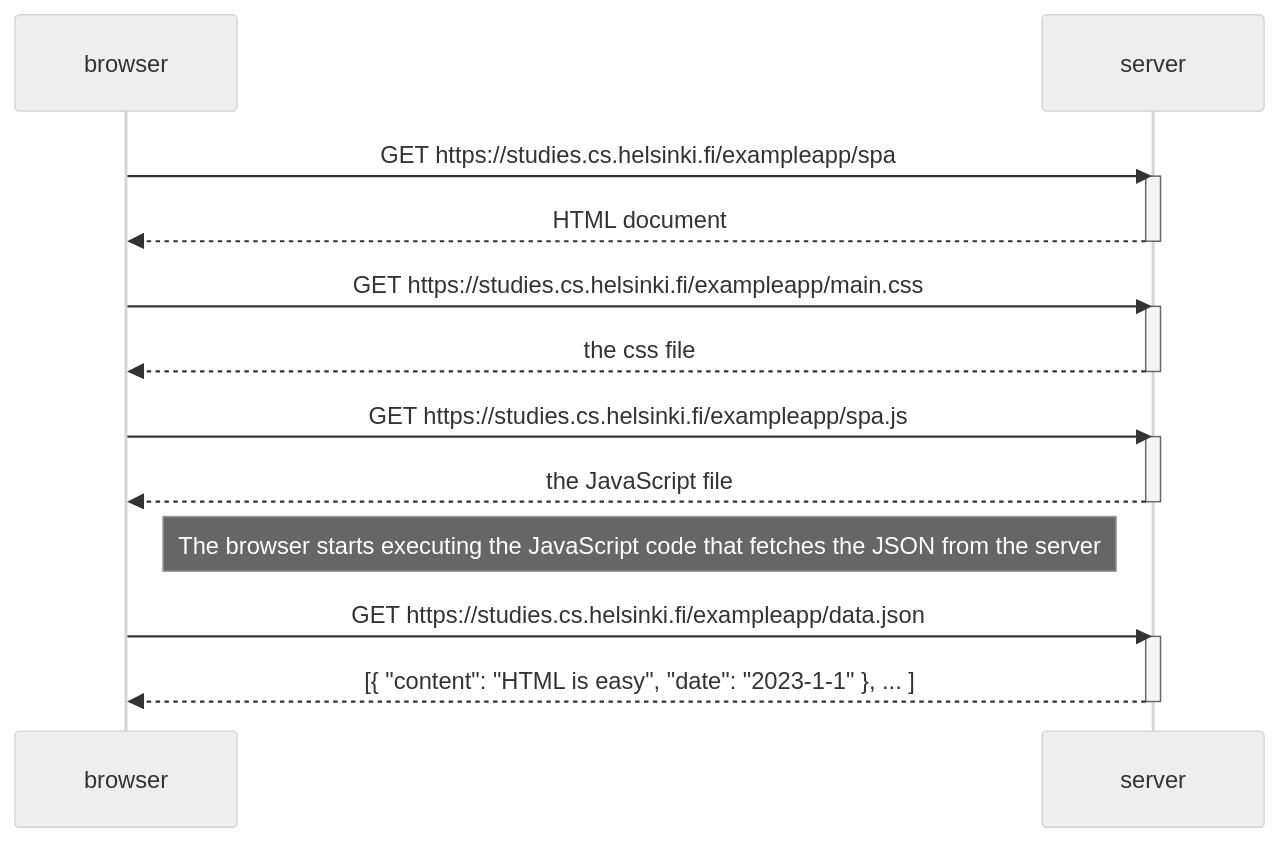
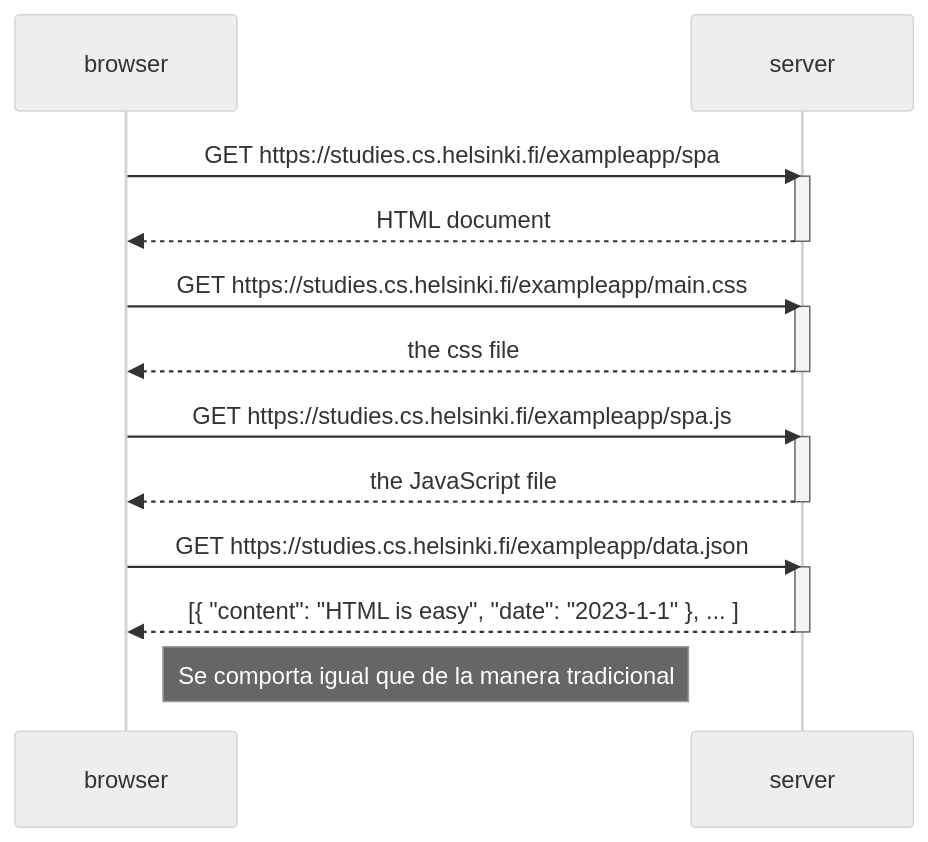
One commit to pedro14soria/fullstackopen changed the diagram in part0/Ej0_5.md. Above: the diagram before and after it, drawn with Mermaid (neutral theme).

````diff
--- a/part0/Ej0_5.md
+++ b/part0/Ej0_5.md
@@ -2,27 +2,27 @@
 ```mermaid
 sequenceDiagram
     participant browser
     participant server
 
     browser->>server: GET https://studies.cs.helsinki.fi/exampleapp/spa
     activate server
     server-->>browser: HTML document
     deactivate server
 
     browser->>server: GET https://studies.cs.helsinki.fi/exampleapp/main.css
     activate server
     server-->>browser: the css file
     deactivate server
 
     browser->>server: GET https://studies.cs.helsinki.fi/exampleapp/spa.js
     activate server
     server-->>browser: the JavaScript file
     deactivate server
 
-    Note right of browser: The browser starts executing the JavaScript code that fetches the JSON from the server
-
     browser->>server: GET https://studies.cs.helsinki.fi/exampleapp/data.json
     activate server
     server-->>browser: [{ "content": "HTML is easy", "date": "2023-1-1" }, ... ]
     deactivate server
+
+    Note right of browser: Se comporta igual que de la manera tradicional
 ```
````
